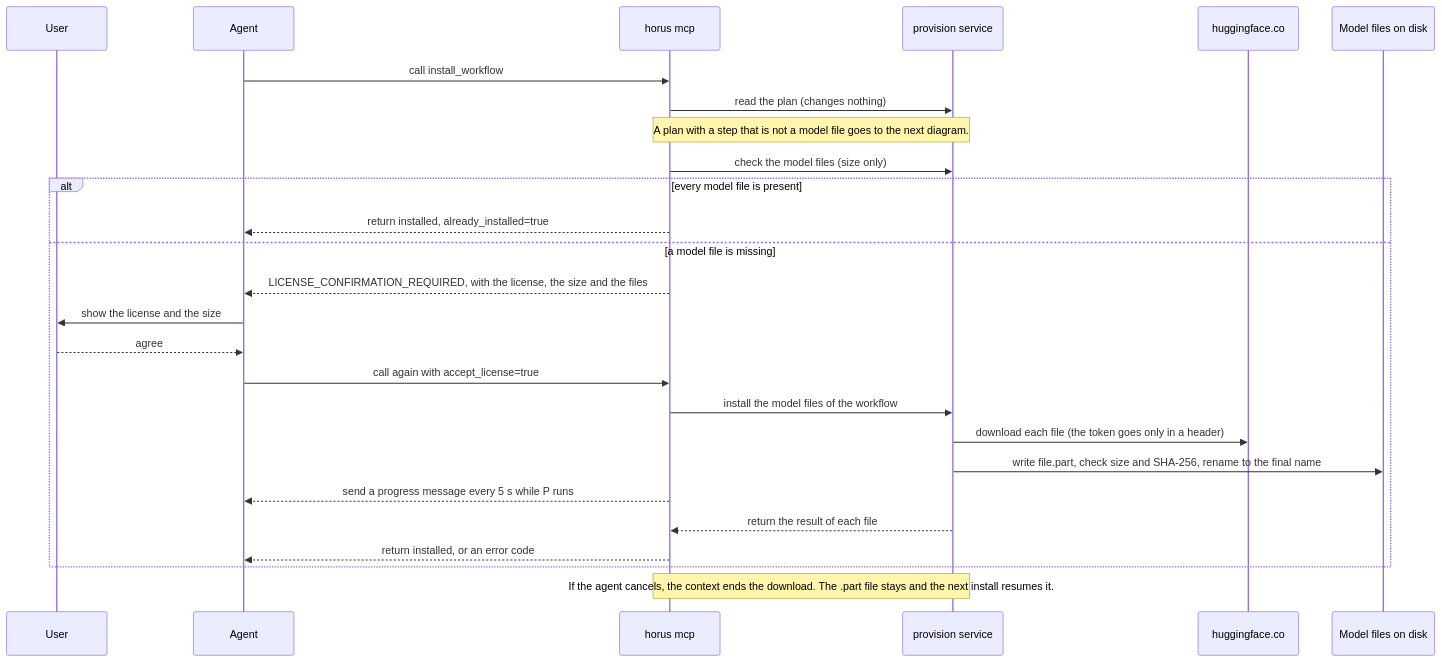
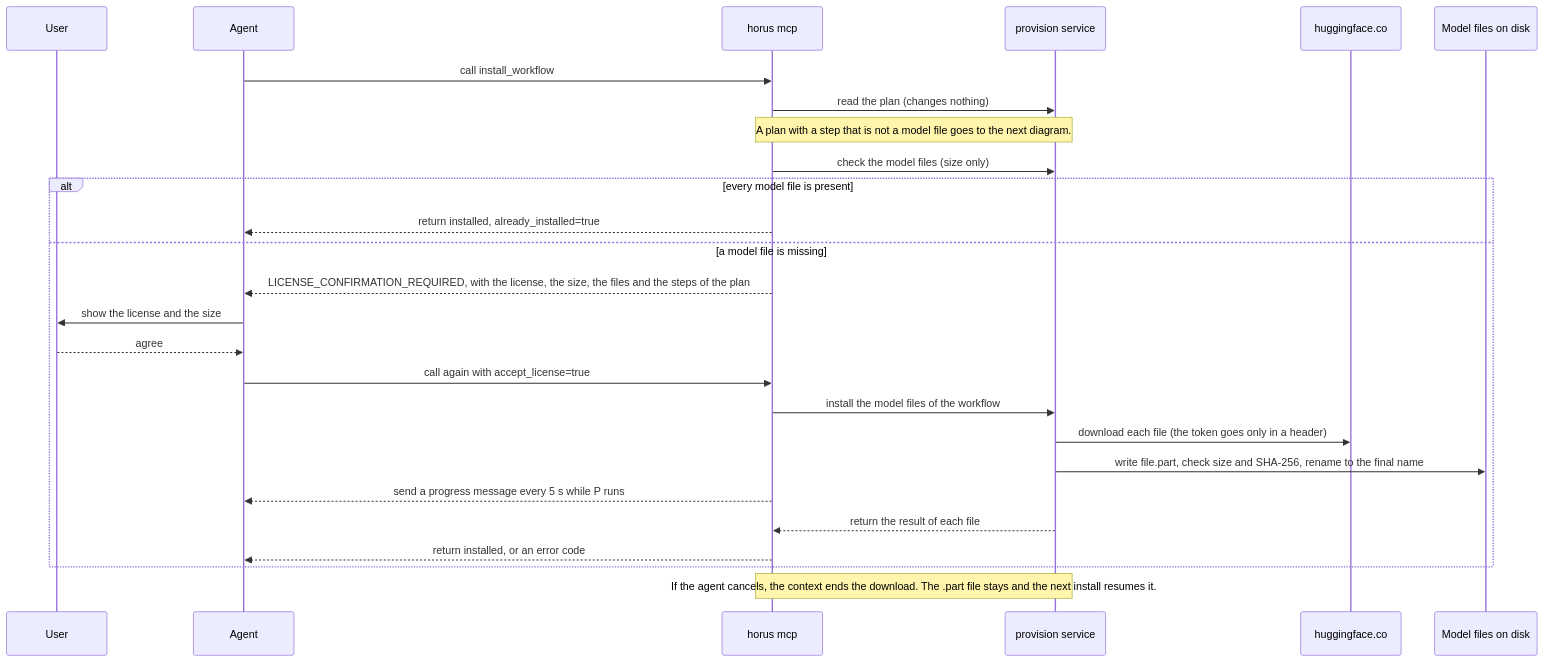
Before and after one commit to hieplam/horus: the second of 10 diagrams in docs/mcp.md, drawn with Mermaid. The commit also changed other lines of this file and 26 other files, not shown here.

````diff
--- a/docs/mcp.md
+++ b/docs/mcp.md
@@ -70,28 +70,28 @@
 ```mermaid
 sequenceDiagram
   participant U as User
   participant A as Agent
   participant S as horus mcp
   participant P as provision service
   participant H as huggingface.co
   participant D as Model files on disk
   A->>S: call install_workflow
   S->>P: read the plan (changes nothing)
   Note over S,P: A plan with a step that is not a model file goes to the next diagram.
   S->>P: check the model files (size only)
   alt every model file is present
     S-->>A: return installed, already_installed=true
   else a model file is missing
-    S-->>A: LICENSE_CONFIRMATION_REQUIRED, with the license, the size and the files
+    S-->>A: LICENSE_CONFIRMATION_REQUIRED, with the license, the size, the files and the steps of the plan
     A->>U: show the license and the size
     U-->>A: agree
     A->>S: call again with accept_license=true
     S->>P: install the model files of the workflow
     P->>H: download each file (the token goes only in a header)
     P->>D: write file.part, check size and SHA-256, rename to the final name
     S-->>A: send a progress message every 5 s while P runs
     P-->>S: return the result of each file
     S-->>A: return installed, or an error code
   end
   Note over S,P: If the agent cancels, the context ends the download. The .part file stays and the next install resumes it.
 ```
````
